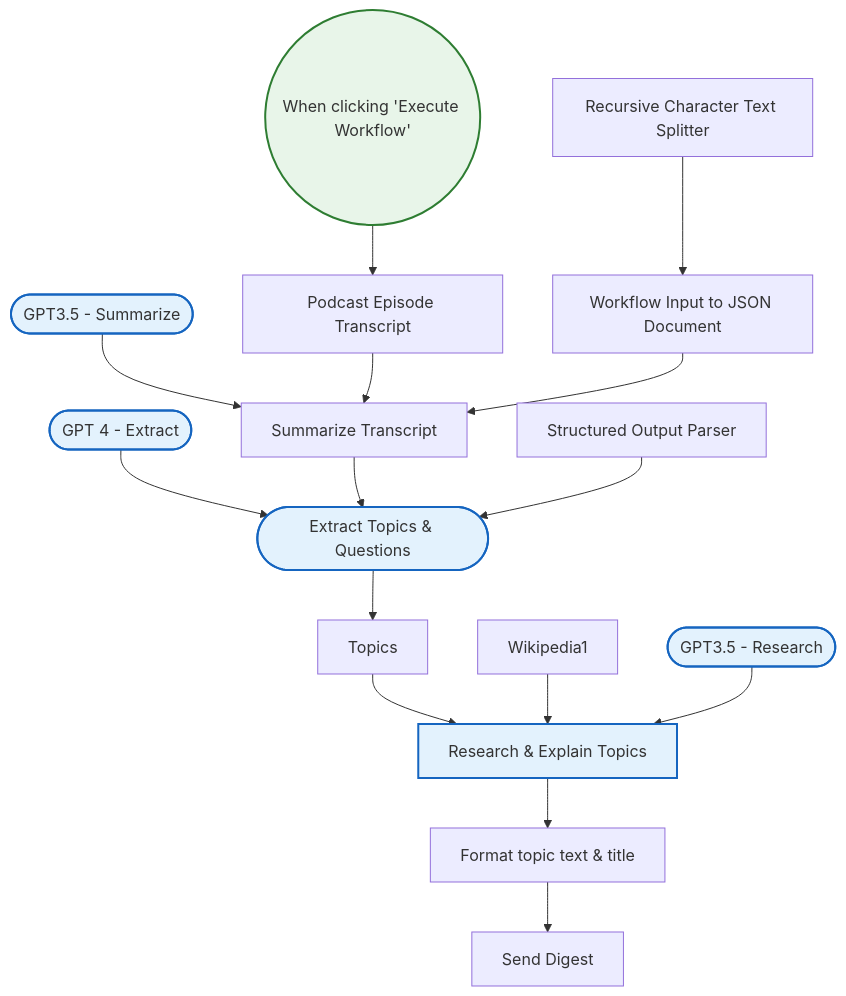
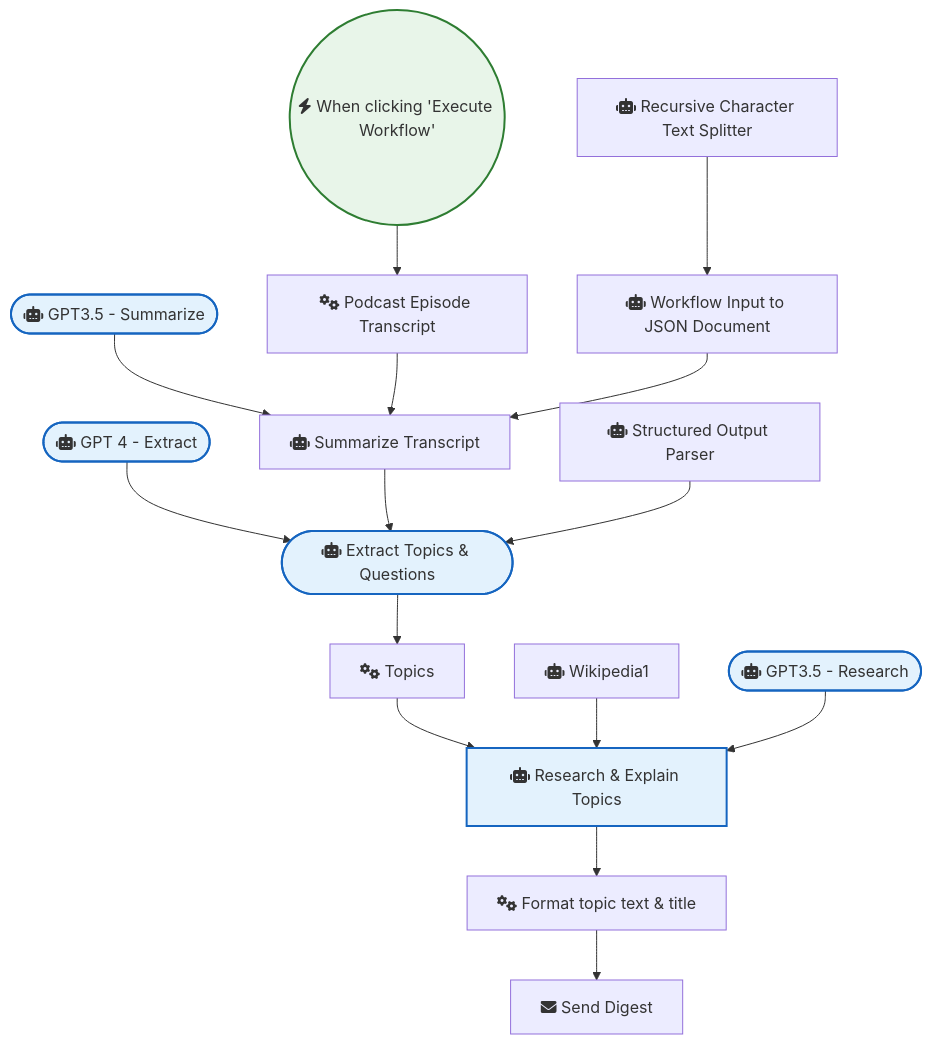
The diagram in OpenAI_and_LLMs/Podcast Digest.md (sreyash3105/N8N-DEMO-AUTOMATIONS), drawn with Mermaid before and after one commit. The commit also changed 291 other files, not shown here.

````diff
--- a/OpenAI_and_LLMs/Podcast Digest.md
+++ b/OpenAI_and_LLMs/Podcast Digest.md
@@ -1,37 +1,37 @@
 ```mermaid
 graph TD
     classDef trigger fill:#e8f5e9,stroke:#2e7d32,stroke-width:2px;
     classDef ai fill:#e3f2fd,stroke:#1565c0,stroke-width:2px;
     classDef logic fill:#fff3e0,stroke:#ef6c00,stroke-width:2px;
 
-    When_clicking__Execute_Workflow_(("When clicking 'Execute Workflow'")):::trigger
-    Podcast_Episode_Transcript["Podcast Episode Transcript"]
-    Workflow_Input_to_JSON_Document["Workflow Input to JSON Document"]
-    Recursive_Character_Text_Splitter["Recursive Character Text Splitter"]
-    Topics["Topics"]
-    Summarize_Transcript["Summarize Transcript"]
-    GPT_4___Extract(["GPT 4 - Extract"]):::ai
-    Wikipedia1["Wikipedia1"]
-    Send_Digest["Send Digest"]
-    Format_topic_text___title["Format topic text & title"]
-    Structured_Output_Parser["Structured Output Parser"]
-    Extract_Topics___Questions(["Extract Topics & Questions"]):::ai
-    GPT3_5___Research(["GPT3.5 - Research"]):::ai
-    GPT3_5___Summarize(["GPT3.5 - Summarize"]):::ai
-    Research___Explain_Topics["Research & Explain Topics"]:::ai
+    When_clicking__Execute_Workflow_(("fas:fa-bolt When clicking 'Execute Workflow'")):::trigger
+    Podcast_Episode_Transcript["fas:fa-cogs Podcast Episode Transcript"]
+    Workflow_Input_to_JSON_Document["fas:fa-robot Workflow Input to JSON Document"]
+    Recursive_Character_Text_Splitter["fas:fa-robot Recursive Character Text Splitter"]
+    Topics["fas:fa-cogs Topics"]
+    Summarize_Transcript["fas:fa-robot Summarize Transcript"]
+    GPT_4___Extract(["fas:fa-robot GPT 4 - Extract"]):::ai
+    Wikipedia1["fas:fa-robot Wikipedia1"]
+    Send_Digest["fas:fa-envelope Send Digest"]
+    Format_topic_text___title["fas:fa-cogs Format topic text & title"]
+    Structured_Output_Parser["fas:fa-robot Structured Output Parser"]
+    Extract_Topics___Questions(["fas:fa-robot Extract Topics & Questions"]):::ai
+    GPT3_5___Research(["fas:fa-robot GPT3.5 - Research"]):::ai
+    GPT3_5___Summarize(["fas:fa-robot GPT3.5 - Summarize"]):::ai
+    Research___Explain_Topics["fas:fa-robot Research & Explain Topics"]:::ai
 
     Topics --> Research___Explain_Topics
     Wikipedia1 --> Research___Explain_Topics
     GPT_4___Extract --> Extract_Topics___Questions
     GPT3_5___Research --> Research___Explain_Topics
     GPT3_5___Summarize --> Summarize_Transcript
     Summarize_Transcript --> Extract_Topics___Questions
     Structured_Output_Parser --> Extract_Topics___Questions
     Format_topic_text___title --> Send_Digest
     Research___Explain_Topics --> Format_topic_text___title
     Extract_Topics___Questions --> Topics
     Podcast_Episode_Transcript --> Summarize_Transcript
     Workflow_Input_to_JSON_Document --> Summarize_Transcript
     When_clicking__Execute_Workflow_ --> Podcast_Episode_Transcript
     Recursive_Character_Text_Splitter --> Workflow_Input_to_JSON_Document
 ```
````
